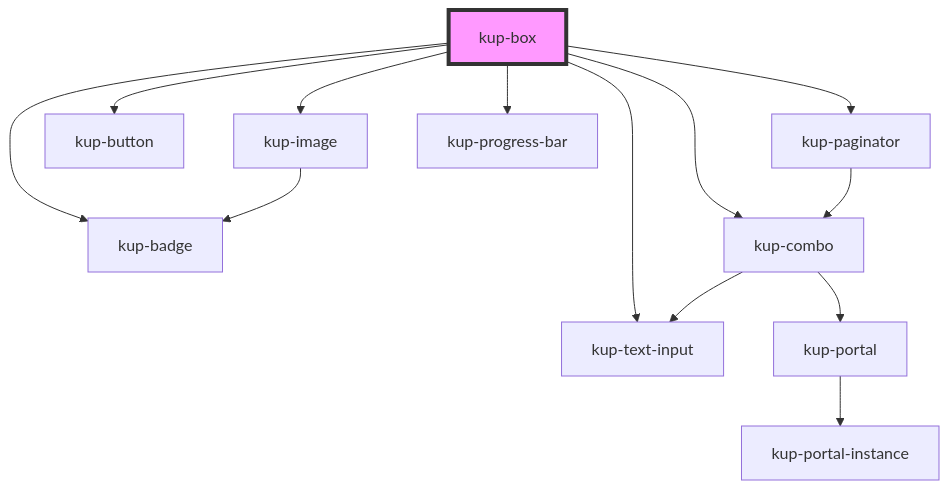
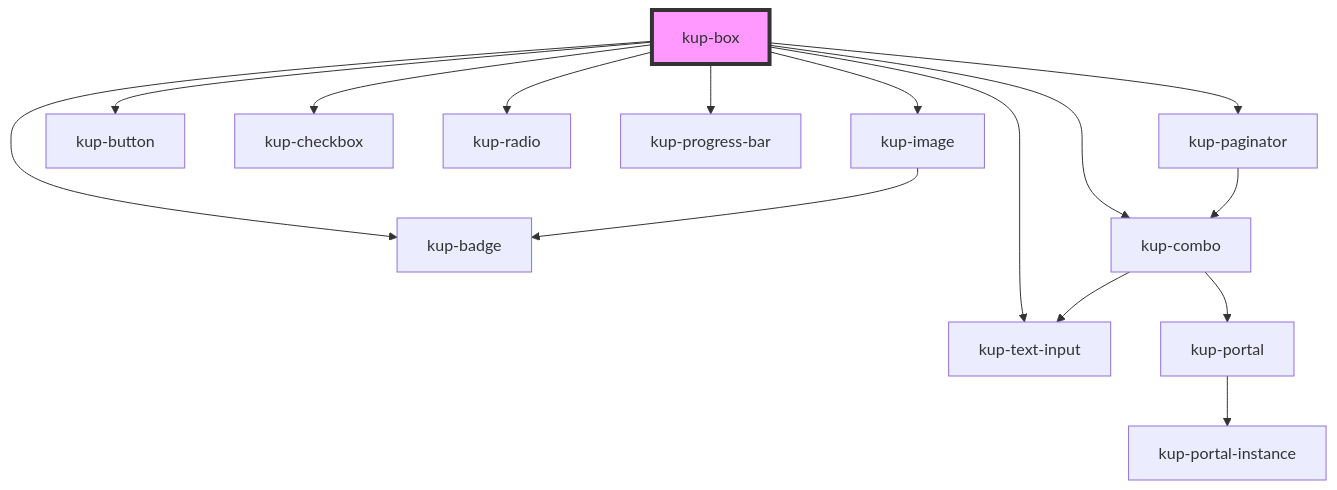
Before and after one commit to smeup/ketchup: the diagram in packages/ketchup/src/components/kup-box/readme.md, drawn with Mermaid. The commit also changed other lines of this file and 16 other files, not shown here.

Commit message:
kup box missing impls: managing IMG, PGB, V2SINO, V2RADIO, J1PWD

````diff
--- a/packages/ketchup/src/components/kup-box/readme.md
+++ b/packages/ketchup/src/components/kup-box/readme.md
@@ -82,16 +84,18 @@
 ```mermaid
 graph TD;
   kup-box --> kup-badge
   kup-box --> kup-image
   kup-box --> kup-button
+  kup-box --> kup-checkbox
+  kup-box --> kup-radio
+  kup-box --> kup-text-input
+  kup-box --> kup-progress-bar
   kup-box --> kup-combo
-  kup-box --> kup-text-input
   kup-box --> kup-paginator
-  kup-box --> kup-progress-bar
   kup-image --> kup-badge
   kup-combo --> kup-text-input
   kup-combo --> kup-portal
   kup-portal --> kup-portal-instance
   kup-paginator --> kup-combo
   style kup-box fill:#f9f,stroke:#333,stroke-width:4px
 ```
````
